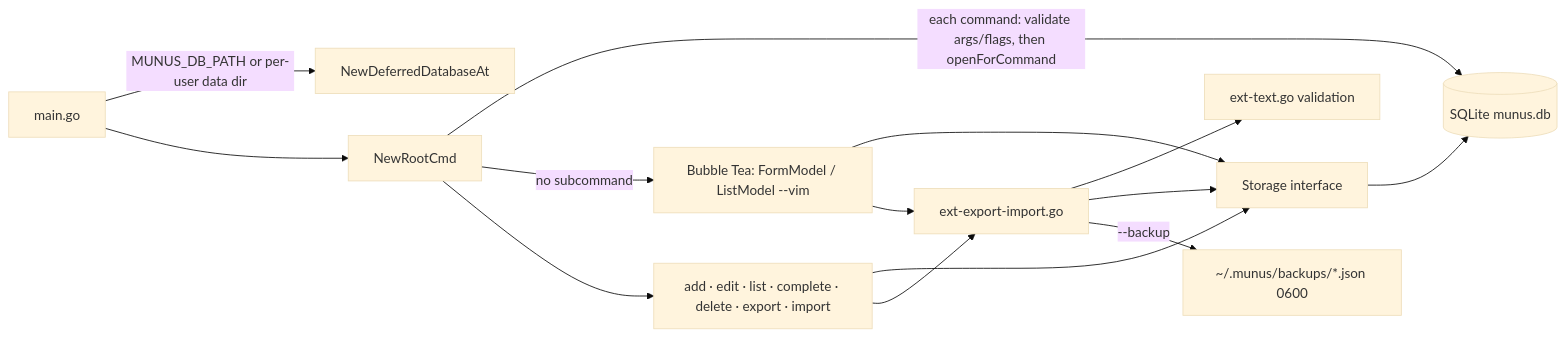
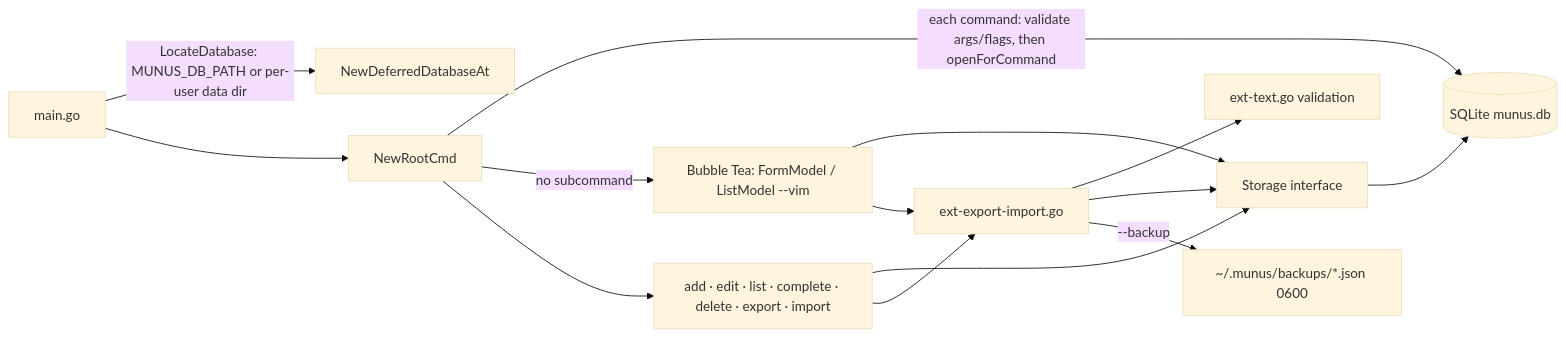
Before and after one commit to jabbott-iii/Munus: the first of 3 diagrams in intel/map.md, drawn with Mermaid (base theme). The commit also changed other lines of this file and 24 other files, not shown here.

````diff
--- a/intel/map.md
+++ b/intel/map.md
@@ -32,16 +32,16 @@
 ```mermaid
 flowchart LR
-  main[main.go] -->|MUNUS_DB_PATH or per-user data dir| deferred[NewDeferredDatabaseAt]
+  main[main.go] -->|LocateDatabase: MUNUS_DB_PATH or per-user data dir| deferred[NewDeferredDatabaseAt]
   main --> root[NewRootCmd]
   root -->|each command: validate args/flags, then openForCommand| db[(SQLite munus.db)]
   root -->|no subcommand| tui[Bubble Tea: FormModel / ListModel --vim]
   root --> cli[add · edit · list · complete · delete · export · import]
   tui --> storage[Storage interface]
   cli --> storage
   cli --> xfer[ext-export-import.go]
   tui --> xfer
   xfer --> text[ext-text.go validation]
   xfer --> storage
   xfer -->|--backup| bk[~/.munus/backups/*.json 0600]
   storage --> db
 ```
````
